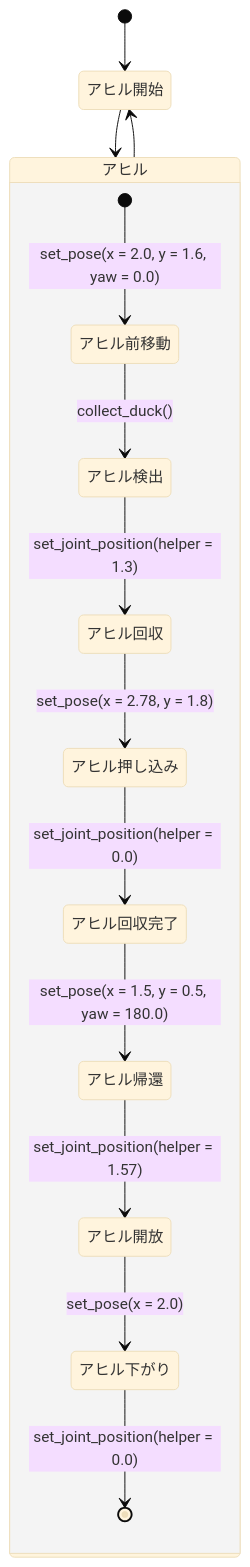
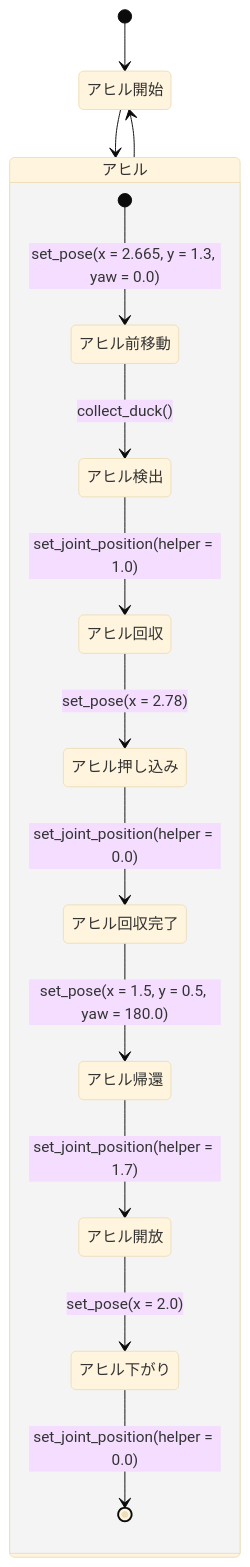
One commit to NITIC-Robot-Club/krb2026b_ros2 changed the diagram in src/launch/krb2026b_launch/state_graph/duck_detect.md. Above: the diagram before and after it, drawn with Mermaid (base theme). The commit also changed 3 other files, not shown here.

````diff
--- a/src/launch/krb2026b_launch/state_graph/duck_detect.md
+++ b/src/launch/krb2026b_launch/state_graph/duck_detect.md
@@ -1,18 +1,18 @@
 ```mermaid
 stateDiagram-v2
 [*] --> アヒル開始
 アヒル開始 --> アヒル
 アヒル --> アヒル開始
 
 state アヒル {
-    [*] --> アヒル前移動 : set_pose(x = 2.0, y = 1.6, yaw = 0.0)
+    [*] --> アヒル前移動 : set_pose(x = 2.665, y = 1.3, yaw = 0.0)
     アヒル前移動 --> アヒル検出 : collect_duck()
-    アヒル検出 --> アヒル回収 : set_joint_position(helper = 1.3)
-    アヒル回収 --> アヒル押し込み : set_pose(x = 2.78, y = 1.8)
+    アヒル検出 --> アヒル回収 : set_joint_position(helper = 1.0)
+    アヒル回収 --> アヒル押し込み : set_pose(x = 2.78)
     アヒル押し込み --> アヒル回収完了 : set_joint_position(helper = 0.0)
     アヒル回収完了 --> アヒル帰還 : set_pose(x = 1.5, y = 0.5, yaw = 180.0)
-    アヒル帰還 --> アヒル開放 : set_joint_position(helper = 1.57)
+    アヒル帰還 --> アヒル開放 : set_joint_position(helper = 1.7)
     アヒル開放 --> アヒル下がり : set_pose(x = 2.0)
     アヒル下がり --> [*] : set_joint_position(helper = 0.0)
 }
 ```
````
